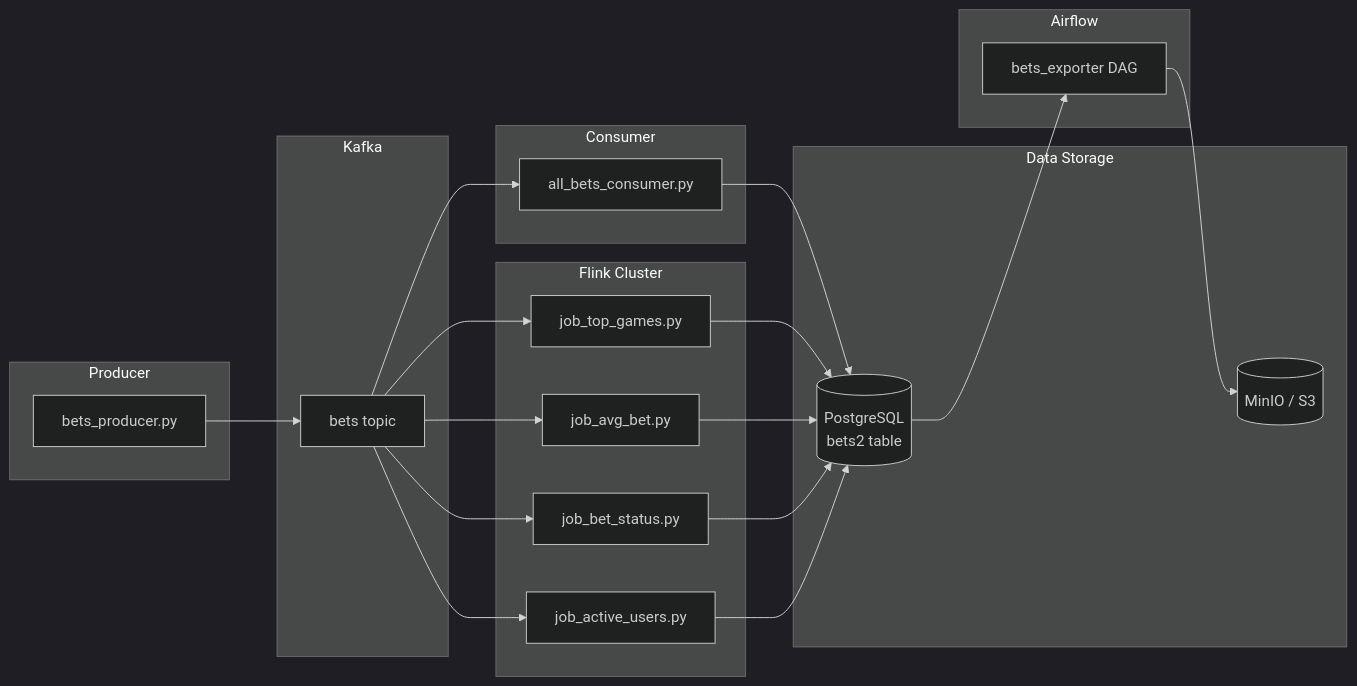
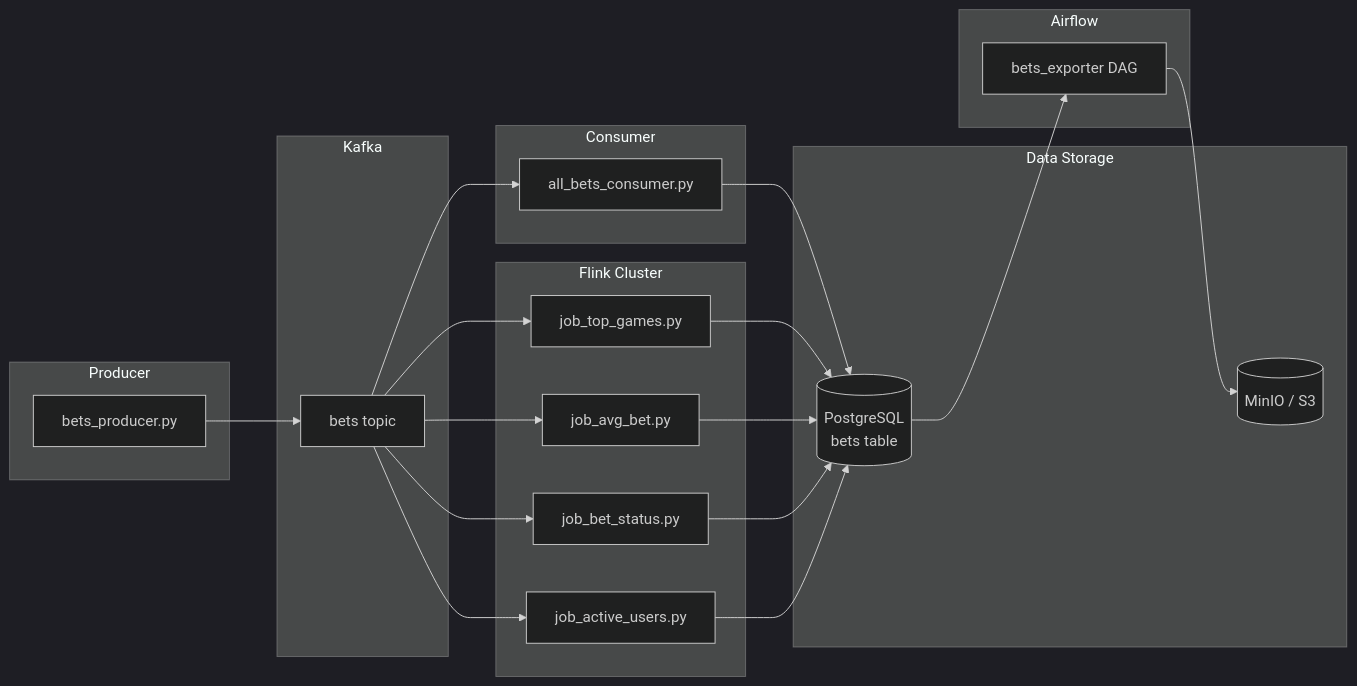
Before and after one commit to eduard353/bet_data_project: the diagram in README.MD, drawn with Mermaid (dark theme). The commit also changed other lines of this file and 2 other files, not shown here.

Commit message:
Update table name to "bets"

````diff
--- a/README.MD
+++ b/README.MD
@@ -18,38 +18,38 @@
 ```mermaid
 flowchart LR
     subgraph PRODUCER["Producer"]
         P1["bets_producer.py"]
     end
 
     subgraph KAFKA["Kafka"]
         T1["bets topic"]
     end
 
     subgraph FLINK["Flink Cluster"]
         J1["job_top_games.py"]
         J2["job_avg_bet.py"]
         J3["job_bet_status.py"]
         J4["job_active_users.py"]
     end
 
     subgraph CONSUMER["Consumer"]
         C1["all_bets_consumer.py"]
     end
 
     subgraph STORAGE["Data Storage"]
-        DB[(PostgreSQL<br/>bets2 table)]
+        DB[(PostgreSQL<br/>bets table)]
         S3[(MinIO / S3)]
     end
 
     subgraph AIRFLOW["Airflow"]
         DAG1["bets_exporter DAG"]
     end
 
     P1 --> T1
     T1 --> C1 --> DB
     T1 --> J1 --> DB
     T1 --> J2 --> DB
     T1 --> J3 --> DB
     T1 --> J4 --> DB
     DB --> DAG1 --> S3
 ```
````
